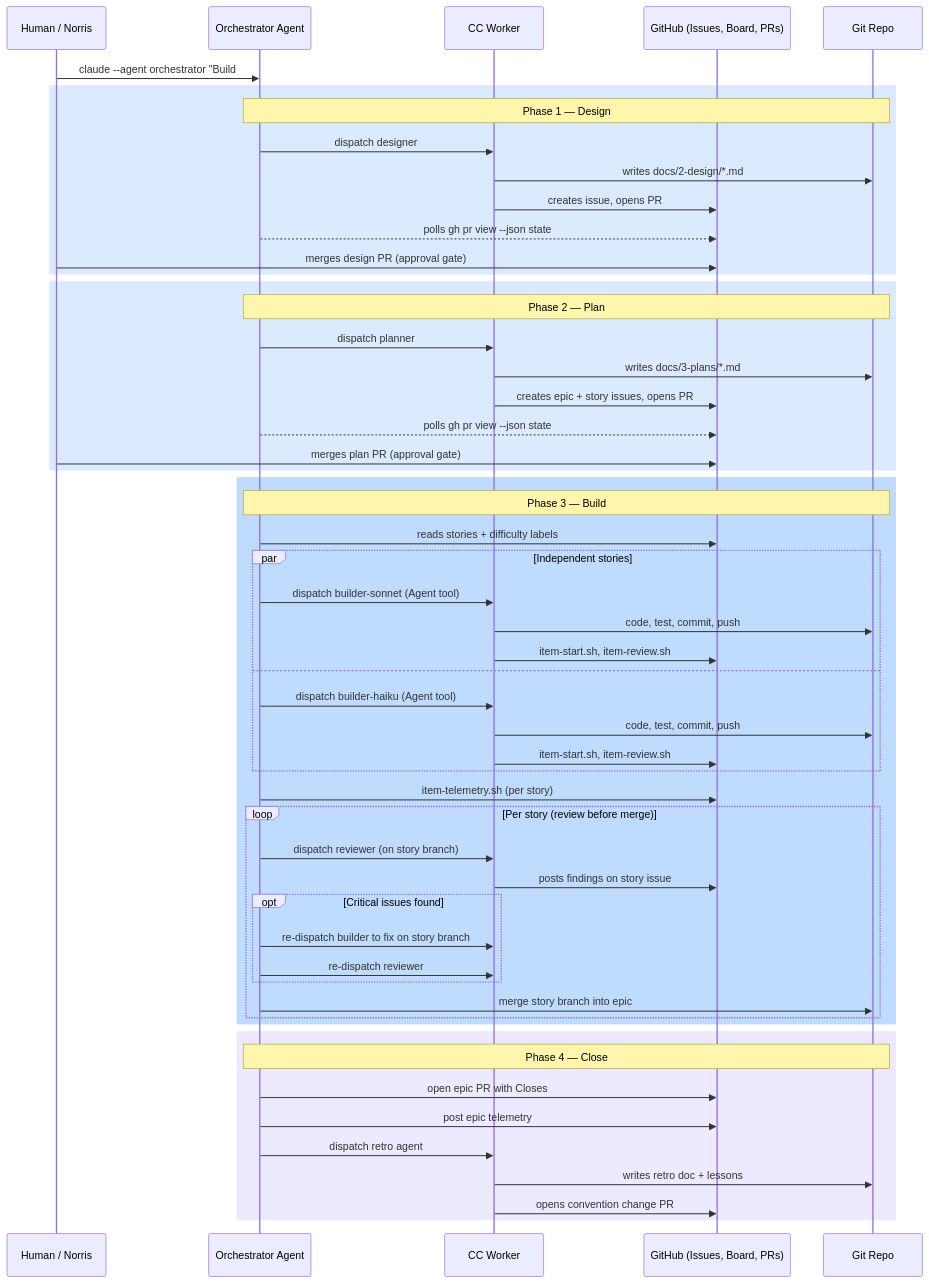
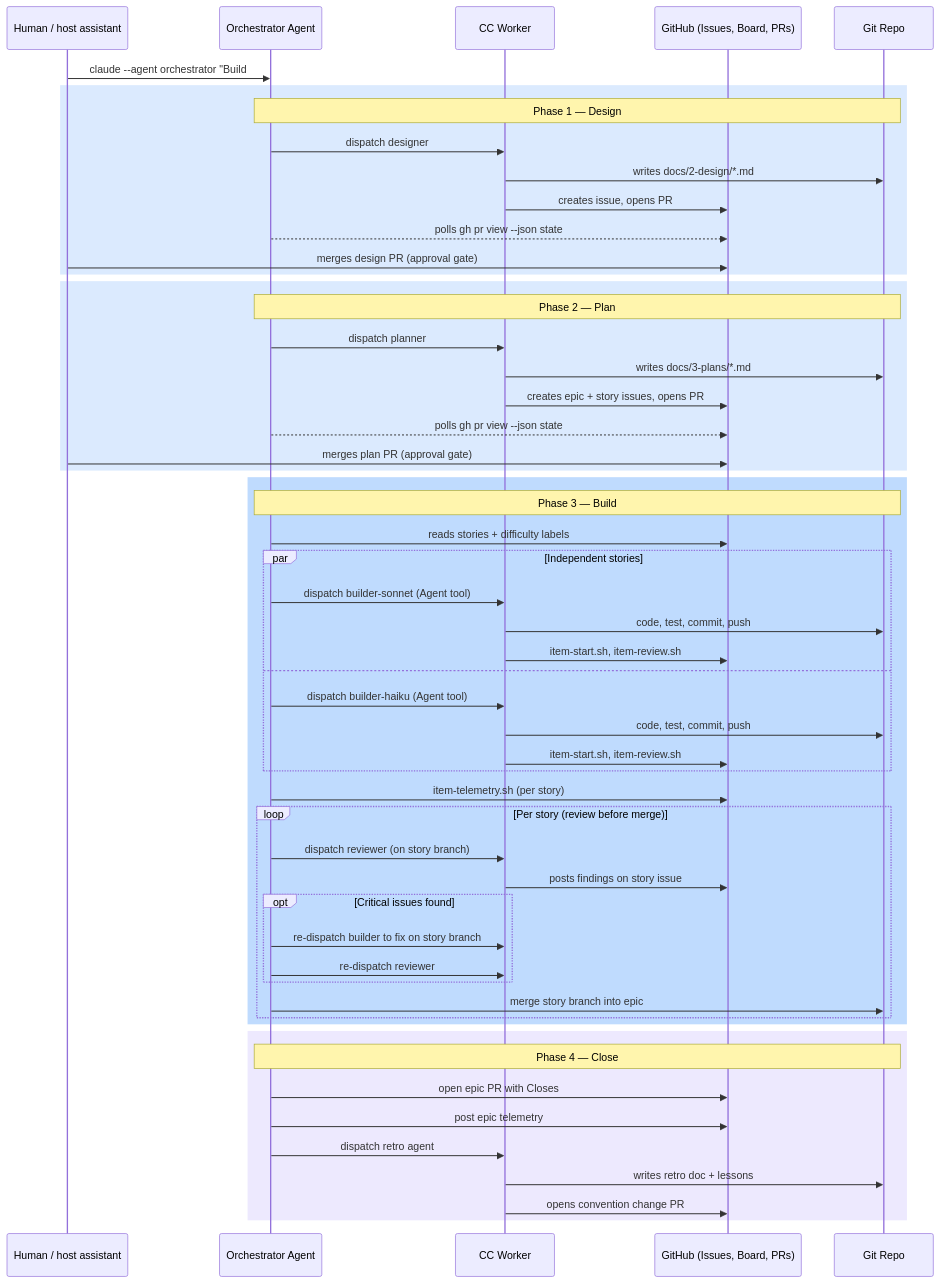
The third of 4 diagrams in docs/2-design/2026-03-09-agentic-sdlc-v2-design.md (carlosboeing/agentic-sdlc-workflow), drawn with Mermaid before and after one commit. The commit also changed other lines of this file and 11 other files, not shown here.

````diff
--- a/docs/2-design/2026-03-09-agentic-sdlc-v2-design.md
+++ b/docs/2-design/2026-03-09-agentic-sdlc-v2-design.md
@@ -179,64 +179,64 @@
 ```mermaid
 sequenceDiagram
-    participant Human as Human / Norris
+    participant Human as Human / host assistant
     participant Orch as Orchestrator Agent
     participant Worker as CC Worker
     participant GH as GitHub (Issues, Board, PRs)
     participant Repo as Git Repo
 
     Human->>Orch: claude --agent orchestrator "Build #5"
 
     rect rgb(219, 234, 254)
     Note over Orch,Repo: Phase 1 — Design
     Orch->>Worker: dispatch designer
     Worker->>Repo: writes docs/2-design/*.md
     Worker->>GH: creates issue, opens PR
     Orch-->>GH: polls gh pr view --json state
     Human->>GH: merges design PR (approval gate)
     end
 
     rect rgb(219, 234, 254)
     Note over Orch,Repo: Phase 2 — Plan
     Orch->>Worker: dispatch planner
     Worker->>Repo: writes docs/3-plans/*.md
     Worker->>GH: creates epic + story issues, opens PR
     Orch-->>GH: polls gh pr view --json state
     Human->>GH: merges plan PR (approval gate)
     end
 
     rect rgb(191, 219, 254)
     Note over Orch,Repo: Phase 3 — Build
     Orch->>GH: reads stories + difficulty labels
 
     par Independent stories
         Orch->>Worker: dispatch builder-sonnet (Agent tool)
         Worker->>Repo: code, test, commit, push
         Worker->>GH: item-start.sh, item-review.sh
     and
         Orch->>Worker: dispatch builder-haiku (Agent tool)
         Worker->>Repo: code, test, commit, push
         Worker->>GH: item-start.sh, item-review.sh
     end
 
     Orch->>GH: item-telemetry.sh (per story)
 
     loop Per story (review before merge)
         Orch->>Worker: dispatch reviewer (on story branch)
         Worker->>GH: posts findings on story issue
         opt Critical issues found
             Orch->>Worker: re-dispatch builder to fix on story branch
             Orch->>Worker: re-dispatch reviewer
         end
         Orch->>Repo: merge story branch into epic
     end
     end
 
     rect rgb(237, 233, 254)
     Note over Orch,Repo: Phase 4 — Close
     Orch->>GH: open epic PR with Closes #NN
     Orch->>GH: post epic telemetry
     Orch->>Worker: dispatch retro agent
     Worker->>Repo: writes retro doc + lessons
     Worker->>GH: opens convention change PR
     end
 ```
````
